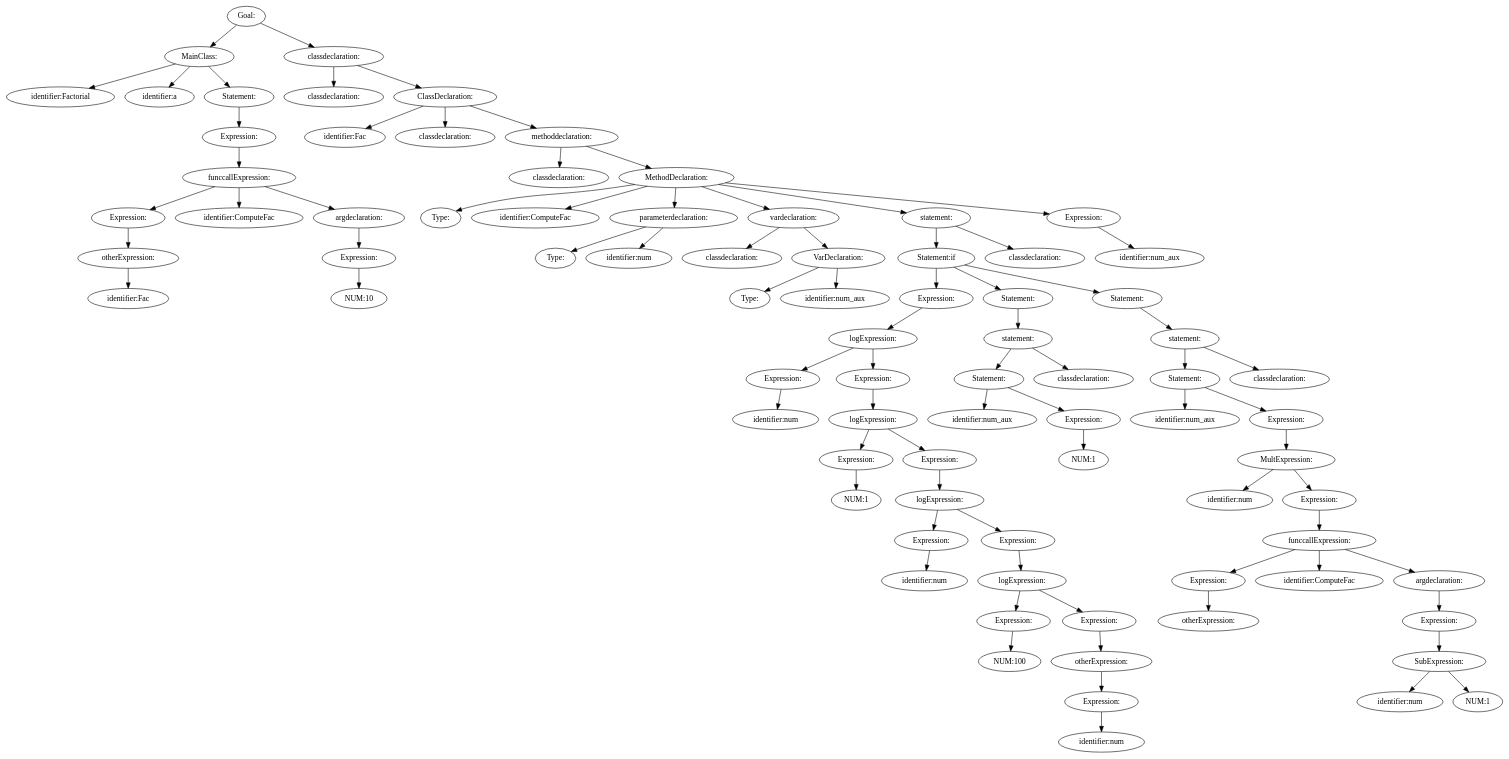
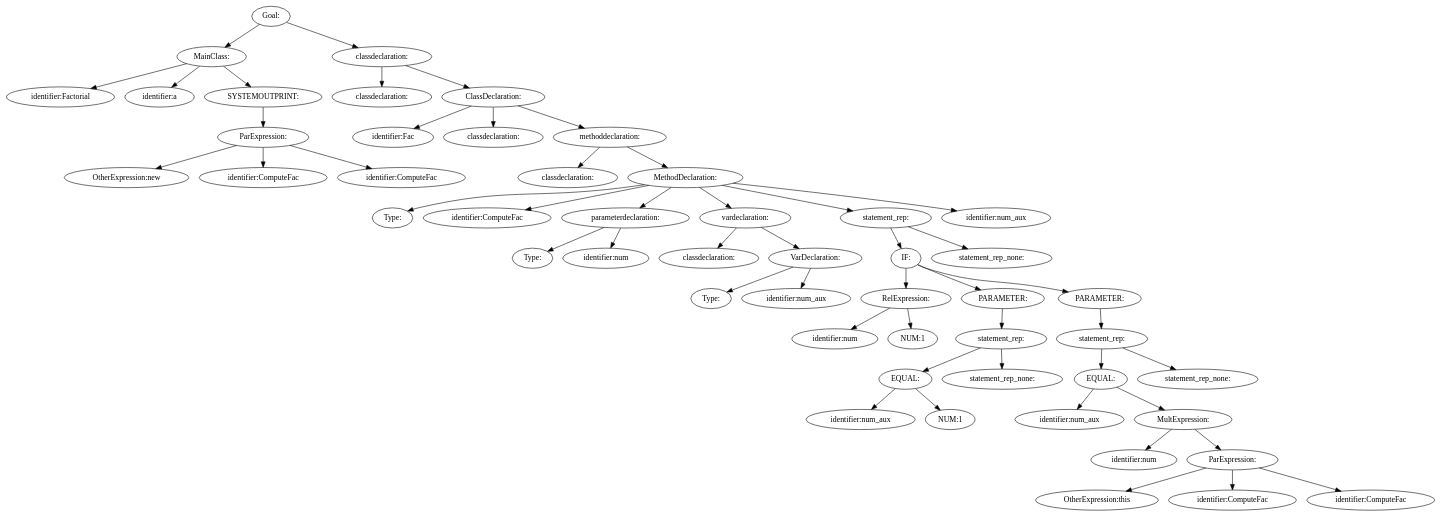
The diagram in assignment 1.2/tree.dot (DahVoid/DV1655), drawn with Graphviz before and after one commit. The commit also changed 5 other files, not shown here.

```diff
--- a/assignment 1.2/tree.dot
+++ b/assignment 1.2/tree.dot
@@ -1,165 +1,103 @@
 digraph {
 n0 [label="Goal:"];
 n1 [label="MainClass:"];
 n2 [label="identifier:Factorial"];
 n1 -> n2
 n3 [label="identifier:a"];
 n1 -> n3
-n4 [label="Statement:"];
-n5 [label="Expression:"];
-n6 [label="funccallExpression:"];
-n7 [label="Expression:"];
-n8 [label="otherExpression:"];
-n9 [label="identifier:Fac"];
-n8 -> n9
-n7 -> n8
-n6 -> n7
-n10 [label="identifier:ComputeFac"];
-n6 -> n10
-n11 [label="argdeclaration:"];
-n12 [label="Expression:"];
-n13 [label="NUM:10"];
-n12 -> n13
-n11 -> n12
-n6 -> n11
+n4 [label="SYSTEMOUTPRINT:"];
+n5 [label="ParExpression:"];
+n6 [label="OtherExpression:new"];
 n5 -> n6
+n7 [label="identifier:ComputeFac"];
+n5 -> n7
+n8 [label="identifier:ComputeFac"];
+n5 -> n8
 n4 -> n5
 n1 -> n4
 n0 -> n1
-n14 [label="classdeclaration:"];
+n9 [label="classdeclaration:"];
+n10 [label="classdeclaration:"];
+n9 -> n10
+n11 [label="ClassDeclaration:"];
+n12 [label="identifier:Fac"];
+n11 -> n12
+n13 [label="classdeclaration:"];
+n11 -> n13
+n14 [label="methoddeclaration:"];
 n15 [label="classdeclaration:"];
 n14 -> n15
-n16 [label="ClassDeclaration:"];
-n17 [label="identifier:Fac"];
+n16 [label="MethodDeclaration:"];
+n17 [label="Type:"];
 n16 -> n17
-n18 [label="classdeclaration:"];
+n18 [label="identifier:ComputeFac"];
 n16 -> n18
-n19 [label="methoddeclaration:"];
-n20 [label="classdeclaration:"];
+n19 [label="parameterdeclaration:"];
+n20 [label="Type:"];
 n19 -> n20
-n21 [label="MethodDeclaration:"];
-n22 [label="Type:"];
-n21 -> n22
-n23 [label="identifier:ComputeFac"];
-n21 -> n23
-n24 [label="parameterdeclaration:"];
+n21 [label="identifier:num"];
+n19 -> n21
+n16 -> n19
+n22 [label="vardeclaration:"];
+n23 [label="classdeclaration:"];
+n22 -> n23
+n24 [label="VarDeclaration:"];
 n25 [label="Type:"];
 n24 -> n25
-n26 [label="identifier:num"];
+n26 [label="identifier:num_aux"];
 n24 -> n26
-n21 -> n24
-n27 [label="vardeclaration:"];
-n28 [label="classdeclaration:"];
+n22 -> n24
+n16 -> n22
+n27 [label="statement_rep:"];
+n28 [label="IF:"];
+n29 [label="RelExpression:"];
+n30 [label="identifier:num"];
+n29 -> n30
+n31 [label="NUM:1"];
+n29 -> n31
+n28 -> n29
+n32 [label="PARAMETER:"];
+n33 [label="statement_rep:"];
+n34 [label="EQUAL:"];
+n35 [label="identifier:num_aux"];
+n34 -> n35
+n36 [label="NUM:1"];
+n34 -> n36
+n33 -> n34
+n37 [label="statement_rep_none:"];
+n33 -> n37
+n32 -> n33
+n28 -> n32
+n38 [label="PARAMETER:"];
+n39 [label="statement_rep:"];
+n40 [label="EQUAL:"];
+n41 [label="identifier:num_aux"];
+n40 -> n41
+n42 [label="MultExpression:"];
+n43 [label="identifier:num"];
+n42 -> n43
+n44 [label="ParExpression:"];
+n45 [label="OtherExpression:this"];
+n44 -> n45
+n46 [label="identifier:ComputeFac"];
+n44 -> n46
+n47 [label="identifier:ComputeFac"];
+n44 -> n47
+n42 -> n44
+n40 -> n42
+n39 -> n40
+n48 [label="statement_rep_none:"];
+n39 -> n48
+n38 -> n39
+n28 -> n38
 n27 -> n28
-n29 [label="VarDeclaration:"];
-n30 [label="Type:"];
-n29 -> n30
-n31 [label="identifier:num_aux"];
-n29 -> n31
-n27 -> n29
-n21 -> n27
-n32 [label="statement:"];
-n33 [label="Statement:if"];
-n34 [label="Expression:"];
-n35 [label="logExpression:"];
-n36 [label="Expression:"];
-n37 [label="identifier:num"];
-n36 -> n37
-n35 -> n36
-n38 [label="Expression:"];
-n39 [label="logExpression:"];
-n40 [label="Expression:"];
-n41 [label="NUM:1"];
-n40 -> n41
-n39 -> n40
-n42 [label="Expression:"];
-n43 [label="logExpression:"];
-n44 [label="Expression:"];
-n45 [label="identifier:num"];
-n44 -> n45
-n43 -> n44
-n46 [label="Expression:"];
-n47 [label="logExpression:"];
-n48 [label="Expression:"];
-n49 [label="NUM:100"];
-n48 -> n49
-n47 -> n48
-n50 [label="Expression:"];
-n51 [label="otherExpression:"];
-n52 [label="Expression:"];
-n53 [label="identifier:num"];
-n52 -> n53
-n51 -> n52
-n50 -> n51
-n47 -> n50
-n46 -> n47
-n43 -> n46
-n42 -> n43
-n39 -> n42
-n38 -> n39
-n35 -> n38
-n34 -> n35
-n33 -> n34
-n54 [label="Statement:"];
-n55 [label="statement:"];
-n56 [label="Statement:"];
-n57 [label="identifier:num_aux"];
-n56 -> n57
-n58 [label="Expression:"];
-n59 [label="NUM:1"];
-n58 -> n59
-n56 -> n58
-n55 -> n56
-n60 [label="classdeclaration:"];
-n55 -> n60
-n54 -> n55
-n33 -> n54
-n61 [label="Statement:"];
-n62 [label="statement:"];
-n63 [label="Statement:"];
-n64 [label="identifier:num_aux"];
-n63 -> n64
-n65 [label="Expression:"];
-n66 [label="MultExpression:"];
-n67 [label="identifier:num"];
-n66 -> n67
-n68 [label="Expression:"];
-n69 [label="funccallExpression:"];
-n70 [label="Expression:"];
-n71 [label="otherExpression:"];
-n70 -> n71
-n69 -> n70
-n72 [label="identifier:ComputeFac"];
-n69 -> n72
-n73 [label="argdeclaration:"];
-n74 [label="Expression:"];
-n75 [label="SubExpression:"];
-n76 [label="identifier:num"];
-n75 -> n76
-n77 [label="NUM:1"];
-n75 -> n77
-n74 -> n75
-n73 -> n74
-n69 -> n73
-n68 -> n69
-n66 -> n68
-n65 -> n66
-n63 -> n65
-n62 -> n63
-n78 [label="classdeclaration:"];
-n62 -> n78
-n61 -> n62
-n33 -> n61
-n32 -> n33
-n79 [label="classdeclaration:"];
-n32 -> n79
-n21 -> n32
-n80 [label="Expression:"];
-n81 [label="identifier:num_aux"];
-n80 -> n81
-n21 -> n80
-n19 -> n21
-n16 -> n19
+n49 [label="statement_rep_none:"];
+n27 -> n49
+n16 -> n27
+n50 [label="identifier:num_aux"];
+n16 -> n50
 n14 -> n16
-n0 -> n14
+n11 -> n14
+n9 -> n11
+n0 -> n9
 }
```
